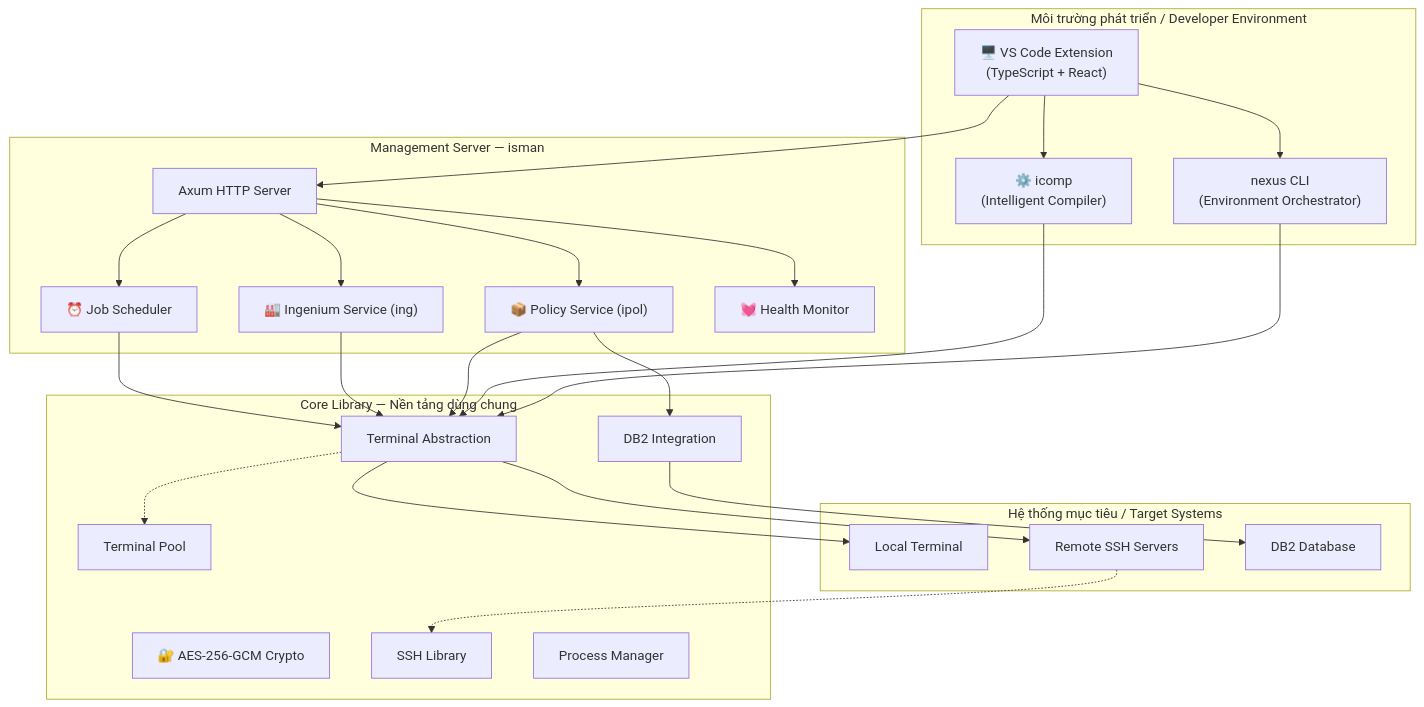
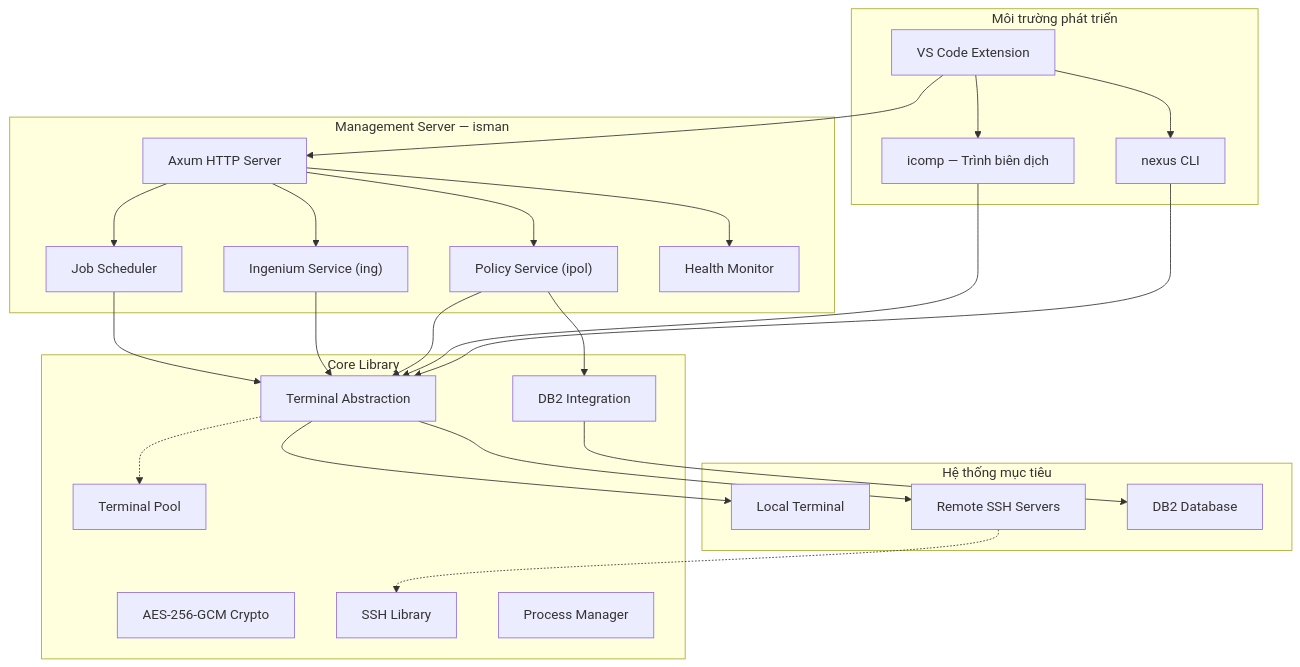
Before and after one commit to binean-zone/benova: the diagram in i18n/vi/docusaurus-plugin-content-docs/current/binean_nexus/architecture.md, drawn with Mermaid. The commit also changed other lines of this file and 12 other files, not shown here.

````diff
--- a/i18n/vi/docusaurus-plugin-content-docs/current/binean_nexus/architecture.md
+++ b/i18n/vi/docusaurus-plugin-content-docs/current/binean_nexus/architecture.md
@@ -29,50 +23,50 @@
 ```mermaid
 graph TB
-    subgraph "Môi trường phát triển / Developer Environment"
-        VSCODE["🖥️ VS Code Extension<br/>(TypeScript + React)"]
-        NEXUS_CLI["nexus CLI<br/>(Environment Orchestrator)"]
-        ICOMP["⚙️ icomp<br/>(Intelligent Compiler)"]
+    subgraph "Môi trường phát triển"
+        VSCODE["VS Code Extension"]
+        NEXUS_CLI["nexus CLI"]
+        ICOMP["icomp — Trình biên dịch"]
     end
 
     subgraph "Management Server — isman"
         AXUM["Axum HTTP Server"]
-        IPOL_SVC["📦 Policy Service (ipol)"]
-        ING_SVC["🏭 Ingenium Service (ing)"]
-        JOBS["⏰ Job Scheduler"]
-        HEALTH["💓 Health Monitor"]
+        IPOL_SVC["Policy Service (ipol)"]
+        ING_SVC["Ingenium Service (ing)"]
+        JOBS["Job Scheduler"]
+        HEALTH["Health Monitor"]
     end
 
-    subgraph "Core Library — Nền tảng dùng chung"
+    subgraph "Core Library"
         TERMINAL["Terminal Abstraction"]
         DB2["DB2 Integration"]
-        CRYPTO["🔐 AES-256-GCM Crypto"]
+        CRYPTO["AES-256-GCM Crypto"]
         SSH_LIB["SSH Library"]
         POOL["Terminal Pool"]
         PROCESS["Process Manager"]
     end
 
-    subgraph "Hệ thống mục tiêu / Target Systems"
+    subgraph "Hệ thống mục tiêu"
         LOCAL["Local Terminal"]
         REMOTE["Remote SSH Servers"]
         DB2_SERVER["DB2 Database"]
     end
 
     VSCODE --> NEXUS_CLI
     VSCODE --> ICOMP
     VSCODE --> AXUM
     NEXUS_CLI --> TERMINAL
     ICOMP --> TERMINAL
     AXUM --> IPOL_SVC
     AXUM --> ING_SVC
     AXUM --> JOBS
     AXUM --> HEALTH
     IPOL_SVC --> TERMINAL
     IPOL_SVC --> DB2
     ING_SVC --> TERMINAL
     JOBS --> TERMINAL
     TERMINAL --> LOCAL
     TERMINAL --> REMOTE
     DB2 --> DB2_SERVER
     REMOTE -.-> SSH_LIB
     TERMINAL -.-> POOL
 ```
````
